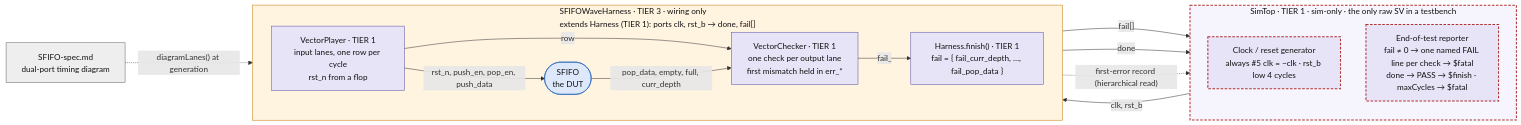
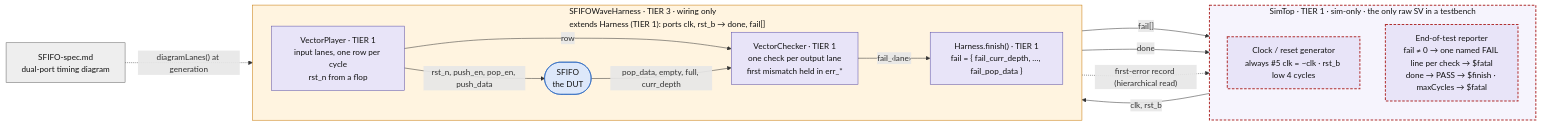
One commit to TypeScriptSystemVerilog/TSSV changed the first of 3 diagrams in doc/framework/testbench.md. Above: the diagram before and after it, drawn with Mermaid.

Commit message:
docs(#196): stop Mermaid dropping a label in the SFIFO diagram
The edge label fail_<lane> rendered as fail_: Mermaid takes <lane> for
an HTML tag. Write it fail_‹lane›, as the tier diagram writes ‹DUT›.

````diff
--- a/doc/framework/testbench.md
+++ b/doc/framework/testbench.md
@@ -37,38 +37,38 @@
 ```mermaid
 flowchart LR
   SPEC["SFIFO-spec.md<br/>dual-port timing diagram"]
   subgraph SIM["SimTop · TIER 1 · sim-only · the only raw SV in a testbench"]
     direction TB
     CRG["Clock / reset generator<br/>always #5 clk = ~clk · rst_b low 4 cycles"]
     REP["End-of-test reporter<br/>fail ≠ 0 → one named FAIL line per check → $fatal<br/>done → PASS → $finish · maxCycles → $fatal"]
   end
 
   subgraph H["SFIFOWaveHarness · TIER 3 · wiring only<br/>extends Harness (TIER 1): ports clk, rst_b → done, fail[]"]
     direction LR
     PLAY["VectorPlayer · TIER 1<br/>input lanes, one row per cycle<br/>rst_n from a flop"]
     DUT(["SFIFO<br/>the DUT"])
     CHK["VectorChecker · TIER 1<br/>one check per output lane<br/>first mismatch held in err_*"]
     FAIL["Harness.finish() · TIER 1<br/>fail = { fail_curr_depth, …, fail_pop_data }"]
   end
 
   SPEC -. "diagramLanes() at generation" .-> H
   CRG -- "clk, rst_b" --> H
   PLAY -- "rst_n, push_en, pop_en, push_data" --> DUT
   PLAY -- "row" --> CHK
   DUT -- "pop_data, empty, full, curr_depth" --> CHK
-  CHK -- "fail_<lane>" --> FAIL
+  CHK -- "fail_‹lane›" --> FAIL
   FAIL -- "fail[]" --> REP
   PLAY -- "done" --> REP
   CHK -. "first-error record (hierarchical read)" .-> REP
 
   classDef t1 fill:#e8e4f8,stroke:#5b4fa8,color:#111
   classDef t1sim fill:#e8e4f8,stroke:#b03030,color:#111,stroke-width:2px,stroke-dasharray:5 3
   classDef dut fill:#dde8fa,stroke:#1f5fbf,color:#111
   classDef off fill:#eeeeee,stroke:#666666,color:#111
   class CRG,REP t1sim
   class PLAY,CHK,FAIL t1
   class DUT dut
   class SPEC off
   style SIM fill:#f6f4fd,stroke:#b03030,stroke-width:2px,stroke-dasharray:5 3,color:#111
   style H fill:#fff4e0,stroke:#c77700,color:#111
 ```
````
